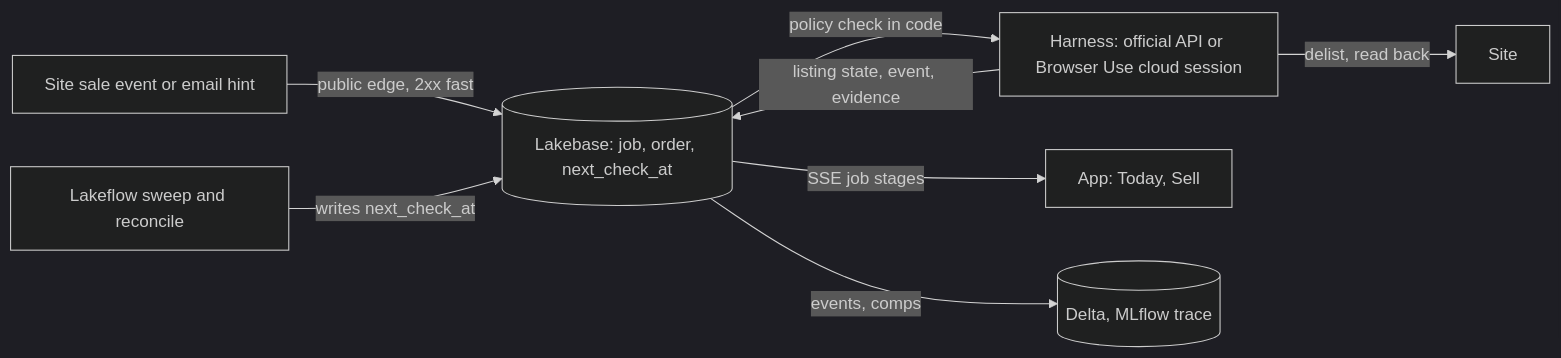
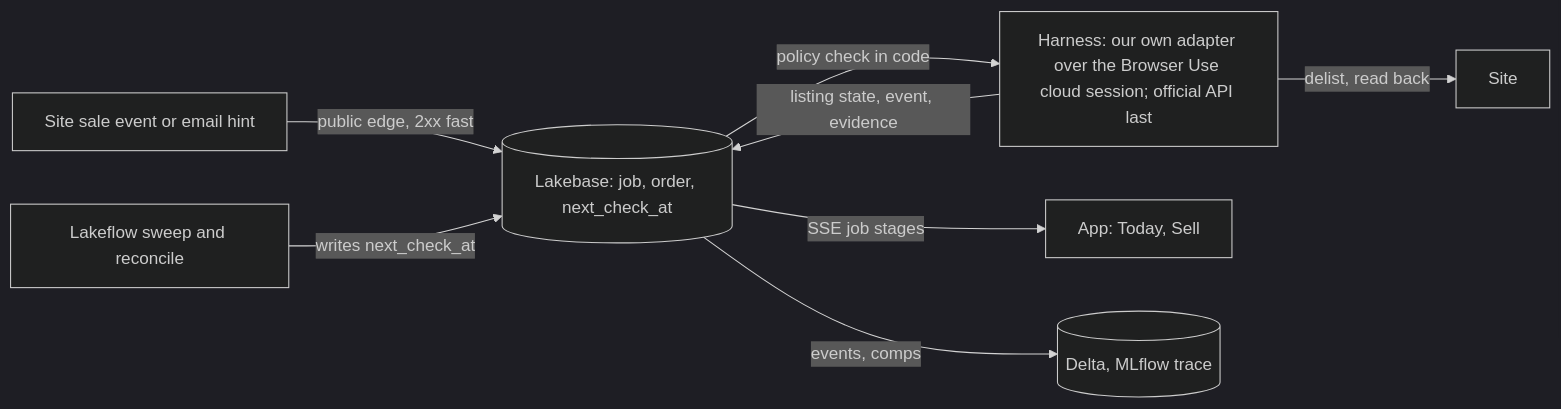
The diagram in spec/features/sold.md (benverhaalen/secondhand), drawn with Mermaid (dark theme) before and after one commit. The commit also changed other lines of this file and 15 other files, not shown here.

Commit message:
docs(spec): our own protocol first across the feature specs and docs; Nate's answers on photos, retouch and 3D written in; new open questions

````diff
--- a/spec/features/sold.md
+++ b/spec/features/sold.md
@@ -36,10 +36,10 @@
 ```mermaid
 flowchart LR
   A[Site sale event or email hint] -->|public edge, 2xx fast| B[(Lakebase: job, order, next_check_at)]
   S[Lakeflow sweep and reconcile] -->|writes next_check_at| B
-  B -->|policy check in code| C[Harness: official API or Browser Use cloud session]
+  B -->|policy check in code| C[Harness: our own adapter over the Browser Use cloud session; official API last]
   C -->|delist, read back| D[Site]
   C -->|listing state, event, evidence| B
   B -->|SSE job stages| E[App: Today, Sell]
   B -->|events, comps| F[(Delta, MLflow trace)]
 ```
````
